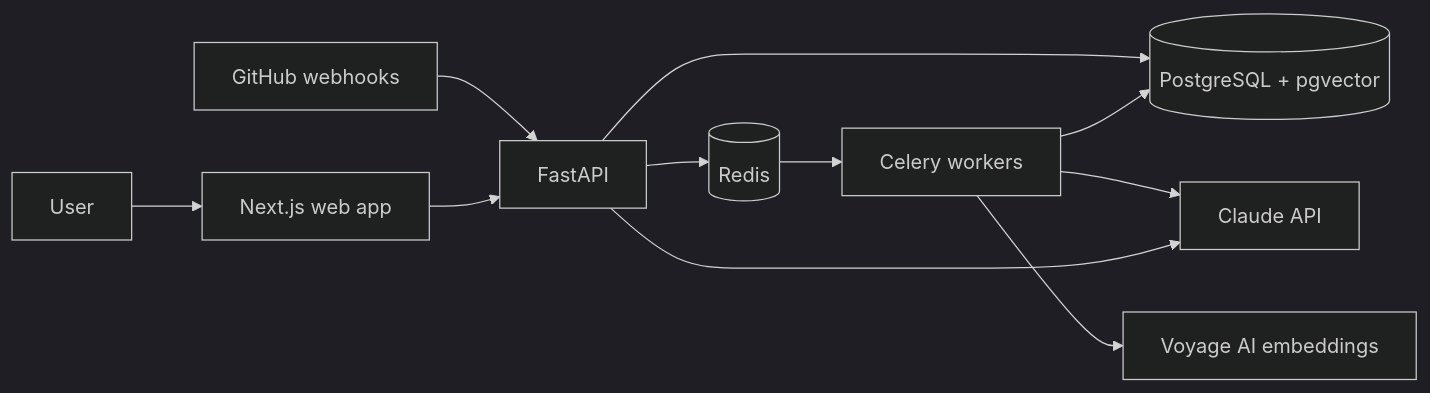
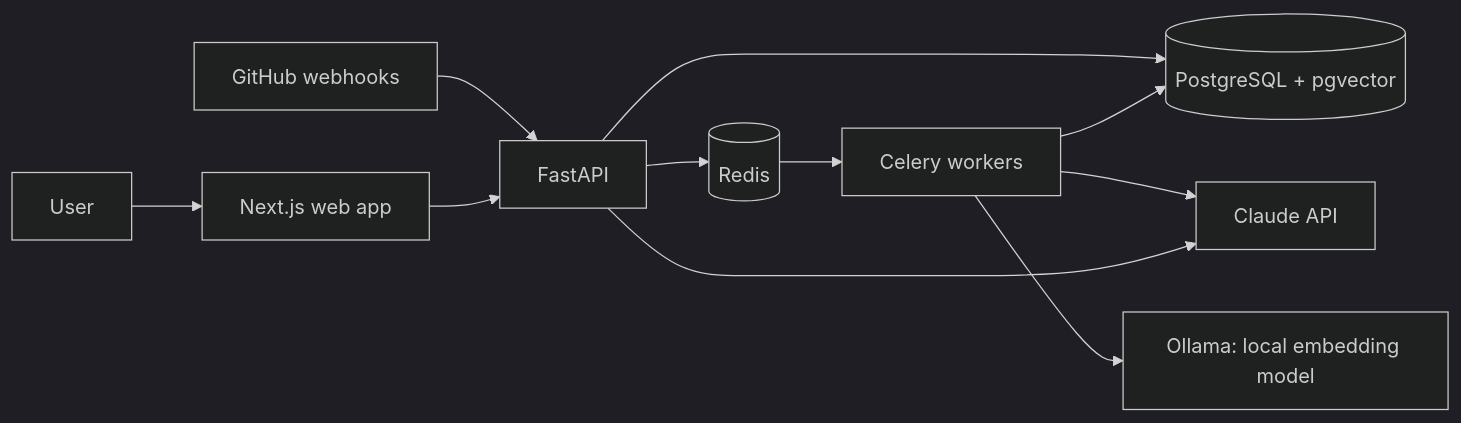
Before and after one commit to Prathmesh2492004/devassist: the diagram in README.md, drawn with Mermaid (dark theme). The commit also changed other lines of this file and 9 other files, not shown here.

First line of the commit message:
feat(api): embed locally with Ollama by default, Voyage optional

````diff
--- a/README.md
+++ b/README.md
@@ -30,13 +30,13 @@
 ```mermaid
 flowchart LR
     U[User] --> W[Next.js web app]
     GH[GitHub webhooks] --> A
     W --> A[FastAPI]
     A --> P[(PostgreSQL + pgvector)]
     A --> R[(Redis)]
     R --> C[Celery workers]
     C --> P
     C --> L[Claude API]
-    C --> V[Voyage AI embeddings]
+    C --> O[Ollama: local embedding model]
     A --> L
 ```
````
